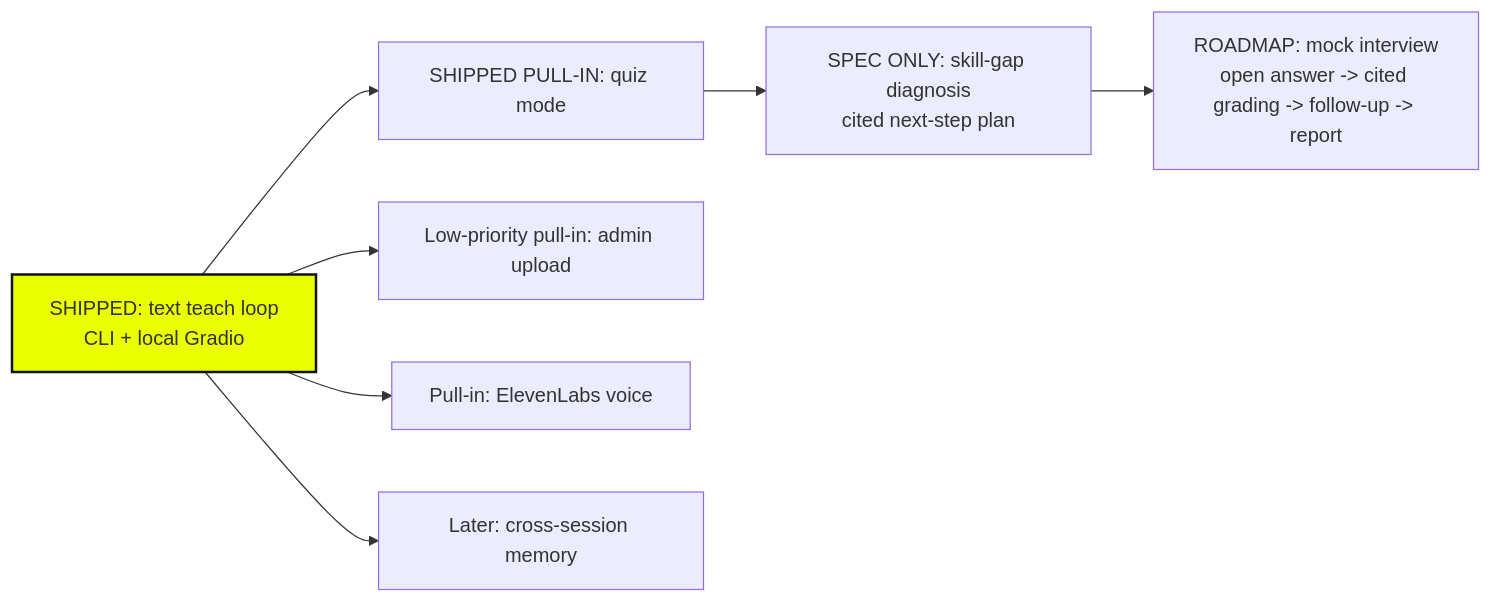
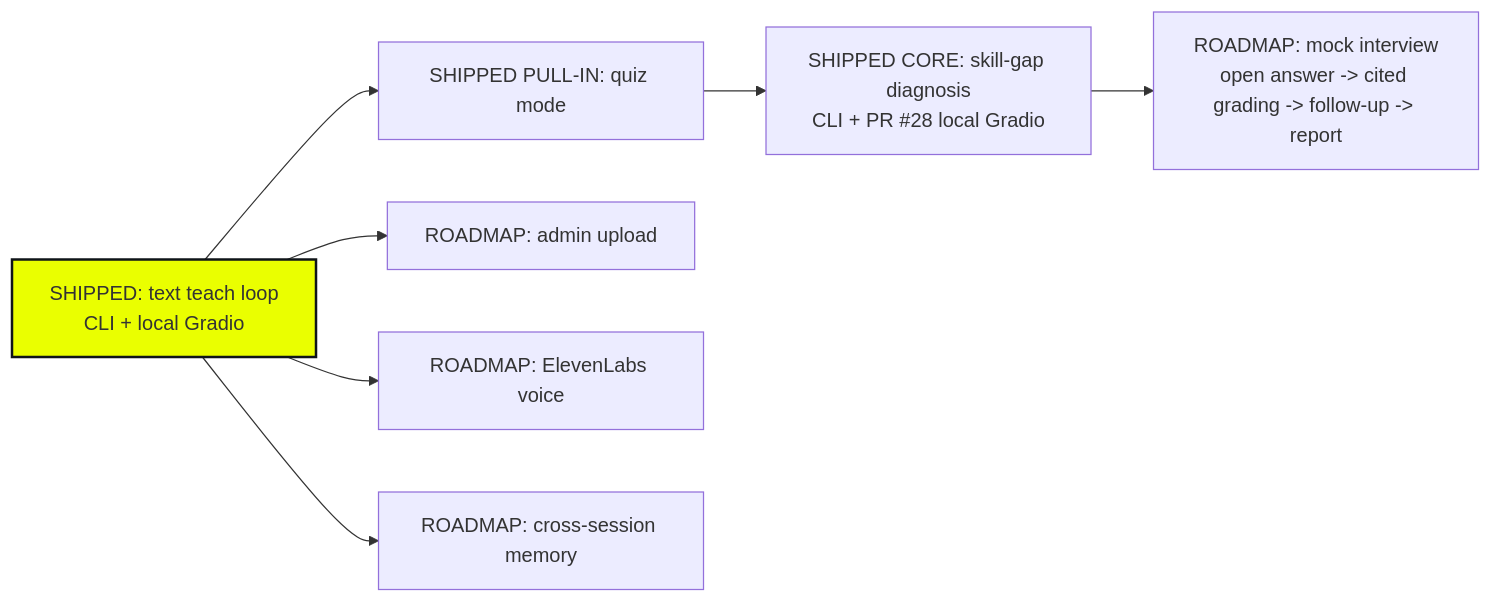
One commit to manjunath84/genacademy-coach changed diagram 11 of 11 in docs/architecture-diagrams.md. Above: the diagram before and after it, drawn with Mermaid. The commit also changed other lines of this file and 8 other files, not shown here.

Commit message:
Polish Skill-Gap UI evidence and docs

````diff
--- a/docs/architecture-diagrams.md
+++ b/docs/architecture-diagrams.md
@@ -205,12 +326,12 @@
 ```mermaid
 flowchart LR
     MVP["SHIPPED: text teach loop\nCLI + local Gradio"]
     MVP --> Quiz["SHIPPED PULL-IN: quiz mode"]
-    Quiz --> SkillGap["SPEC ONLY: skill-gap diagnosis\ncited next-step plan"]
+    Quiz --> SkillGap["SHIPPED CORE: skill-gap diagnosis\nCLI + PR #28 local Gradio"]
     SkillGap --> Interview["ROADMAP: mock interview\nopen answer -> cited grading -> follow-up -> report"]
-    MVP --> Admin["Low-priority pull-in: admin upload"]
-    MVP --> Voice["Pull-in: ElevenLabs voice"]
-    MVP --> Memory["Later: cross-session memory"]
+    MVP --> Admin["ROADMAP: admin upload"]
+    MVP --> Voice["ROADMAP: ElevenLabs voice"]
+    MVP --> Memory["ROADMAP: cross-session memory"]
 
     style MVP fill:#EAFF00,stroke:#0F1419,stroke-width:2px
 ```
````
